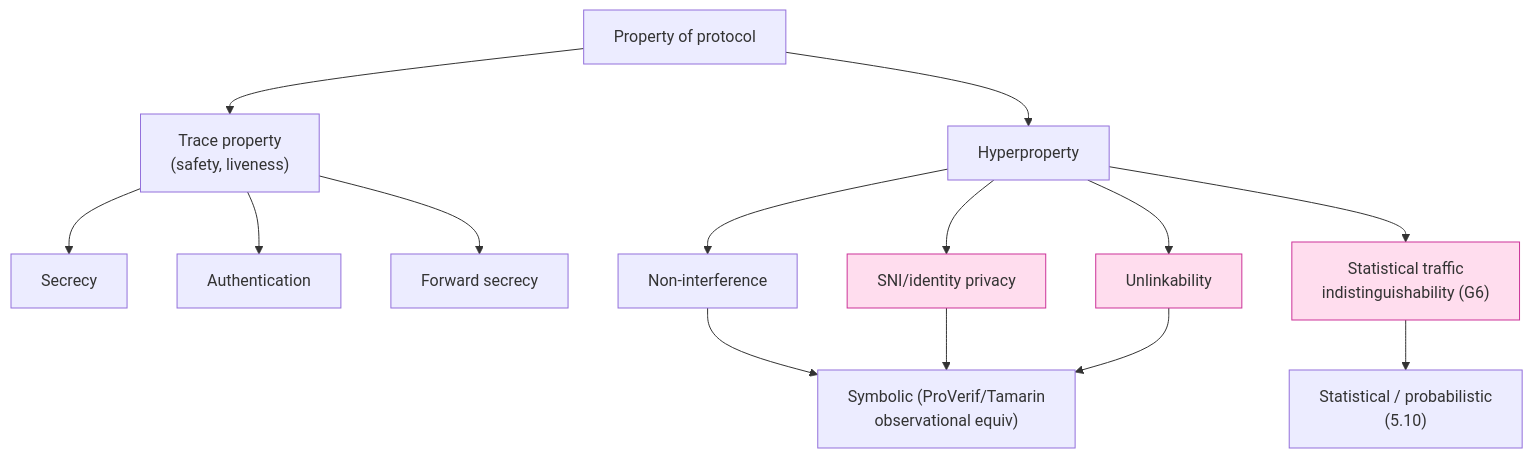
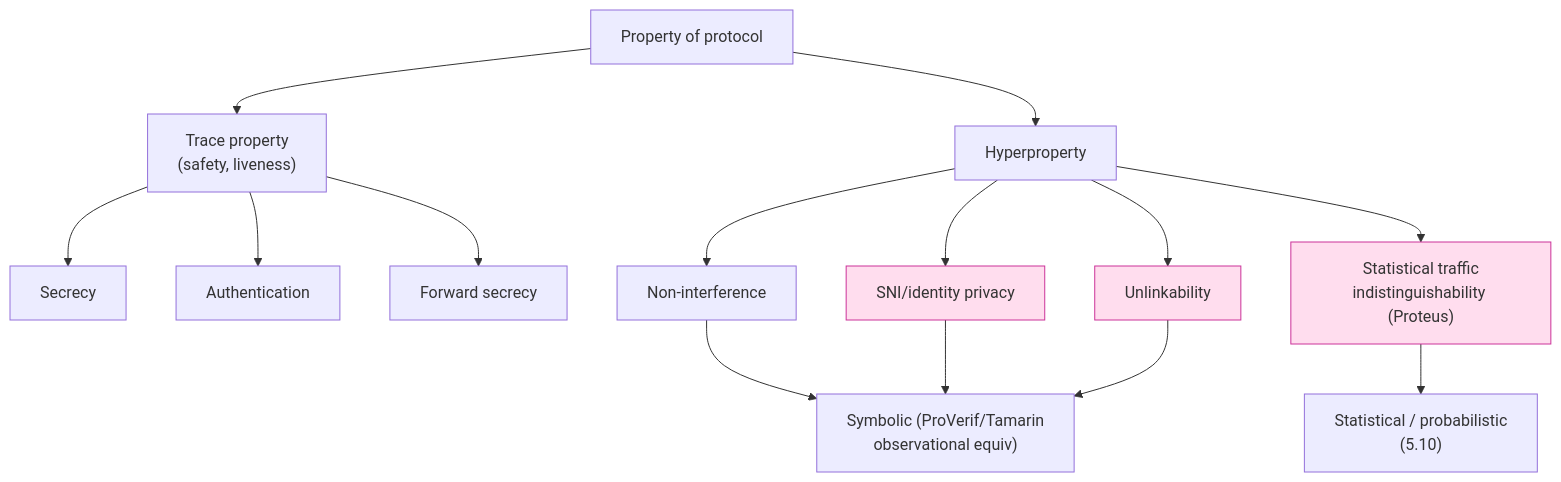
One commit to Icarus603/network-from-scratch changed the diagram in lessons/part-5-formal-methods/5.9-hyperproperties-observational-equivalence.md. Above: the diagram before and after it, drawn with Mermaid. The commit also changed other lines of this file and 300 other files, not shown here.

````diff
--- a/lessons/part-5-formal-methods/5.9-hyperproperties-observational-equivalence.md
+++ b/lessons/part-5-formal-methods/5.9-hyperproperties-observational-equivalence.md
@@ -71,23 +71,23 @@
 ```mermaid
 flowchart TD
     Top["Property of protocol"]
     Top --> Trace["Trace property<br/>(safety, liveness)"]
     Top --> Hyper["Hyperproperty"]
 
     Trace --> Secrecy["Secrecy"]
     Trace --> Auth["Authentication"]
     Trace --> FS["Forward secrecy"]
 
     Hyper --> NI["Non-interference"]
     Hyper --> Unlink["Unlinkability"]
     Hyper --> SNI_Priv["SNI/identity privacy"]
-    Hyper --> TrafficStat["Statistical traffic<br/>indistinguishability (G6)"]
+    Hyper --> TrafficStat["Statistical traffic<br/>indistinguishability (Proteus)"]
 
     NI --> Symbolic["Symbolic (ProVerif/Tamarin<br/>observational equiv)"]
     SNI_Priv --> Symbolic
     Unlink --> Symbolic
     TrafficStat --> Statistical["Statistical / probabilistic<br/>(5.10)"]
 
     classDef ours fill:#fde,stroke:#c39;
     class SNI_Priv,Unlink,TrafficStat ours;
 ```
````
